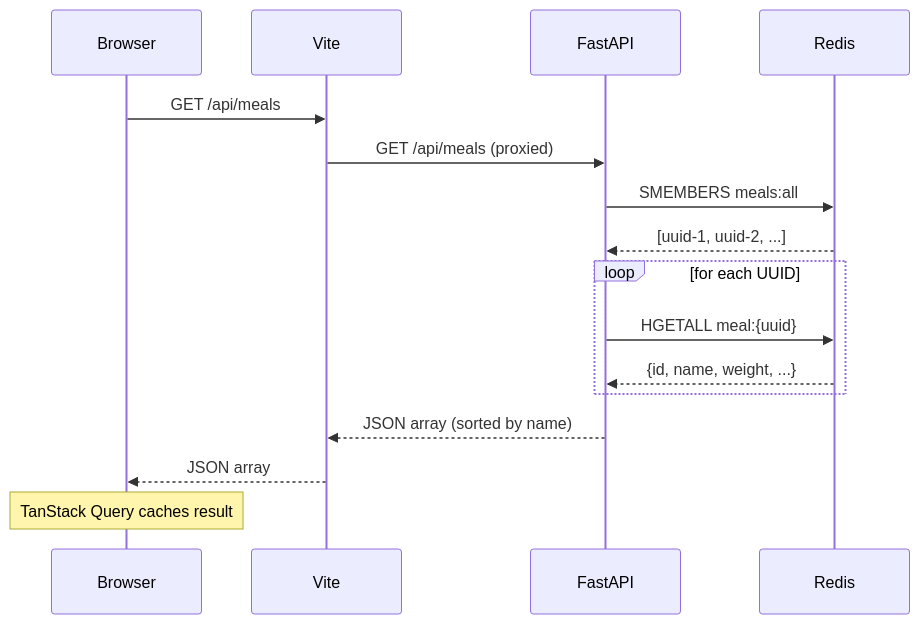
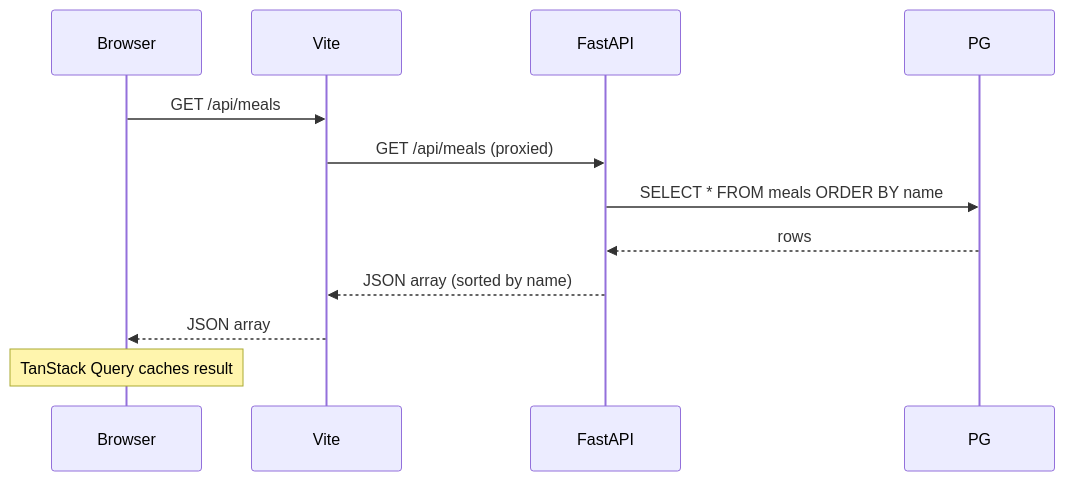
The second of 6 diagrams in docs/architecture.md (deilers/meal-planning), drawn with Mermaid before and after one commit. The commit also changed other lines of this file and 8 other files, not shown here.

````diff
--- a/docs/architecture.md
+++ b/docs/architecture.md
@@ -25,19 +25,15 @@
 ```mermaid
 sequenceDiagram
     participant Browser
     participant Vite
     participant FastAPI
-    participant Redis
+    participant PG
 
     Browser->>Vite: GET /api/meals
     Vite->>FastAPI: GET /api/meals (proxied)
-    FastAPI->>Redis: SMEMBERS meals:all
-    Redis-->>FastAPI: [uuid-1, uuid-2, ...]
-    loop for each UUID
-        FastAPI->>Redis: HGETALL meal:{uuid}
-        Redis-->>FastAPI: {id, name, weight, ...}
-    end
+    FastAPI->>PG: SELECT * FROM meals ORDER BY name
+    PG-->>FastAPI: rows
     FastAPI-->>Vite: JSON array (sorted by name)
     Vite-->>Browser: JSON array
     Note over Browser: TanStack Query caches result
 ```
````
